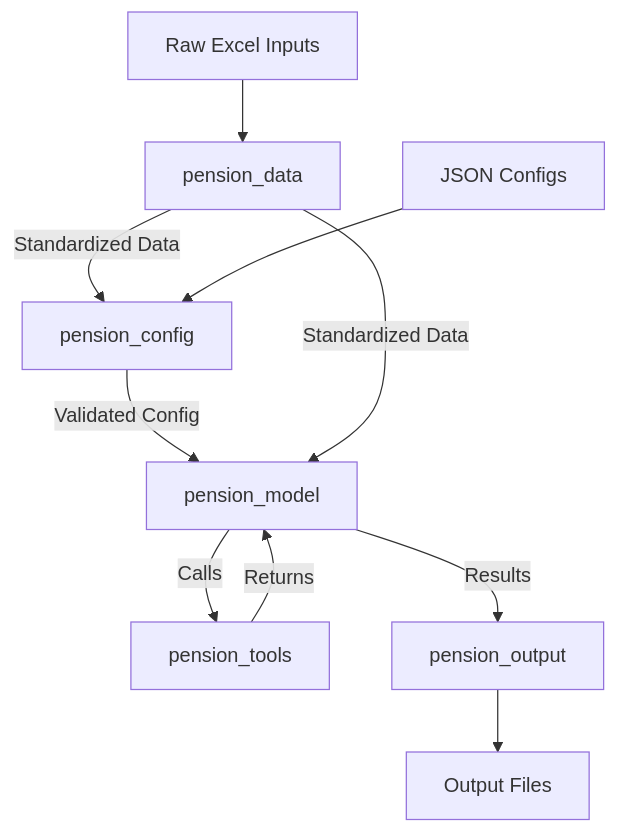
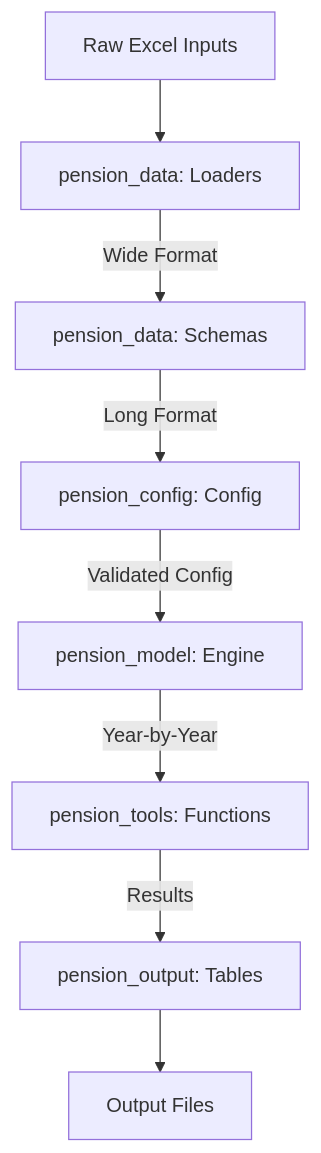
Before and after one commit to gchen3/pension_model: the diagram in memory-bank/plan.md, drawn with Mermaid. The commit also changed other lines of this file and 23 other files, not shown here.

````diff
--- a/memory-bank/plan.md
+++ b/memory-bank/plan.md
@@ -122,12 +186,10 @@
 ```mermaid
 graph TD
-    A[Raw Excel Inputs] --> B[pension_data]
-    B -->|Standardized Data| C[pension_config]
-    D[JSON Configs] --> C
-    C -->|Validated Config| E[pension_model]
-    B -->|Standardized Data| E
-    E -->|Calls| F[pension_tools]
-    F -->|Returns| E
-    E -->|Results| G[pension_output]
+    A[Raw Excel Inputs] --> B[pension_data: Loaders]
+    B -->|Wide Format| C[pension_data: Schemas]
+    C -->|Long Format| D[pension_config: Config]
+    D -->|Validated Config| E[pension_model: Engine]
+    E -->|Year-by-Year| F[pension_tools: Functions]
+    F -->|Results| G[pension_output: Tables]
     G --> H[Output Files]
 ```
````
